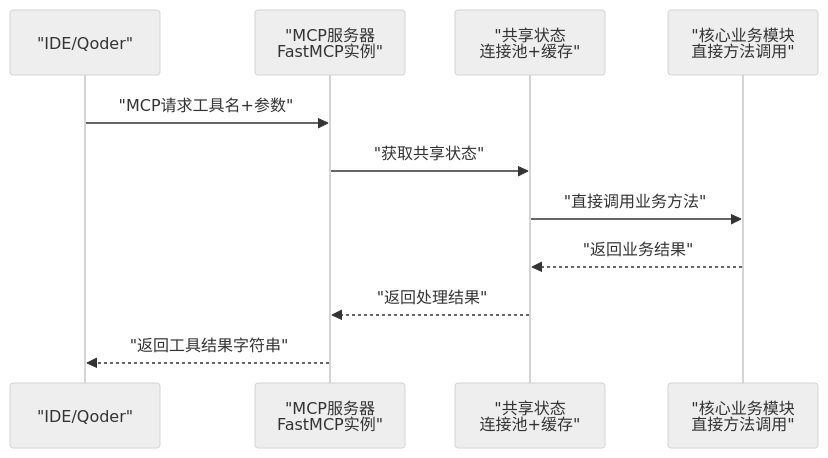
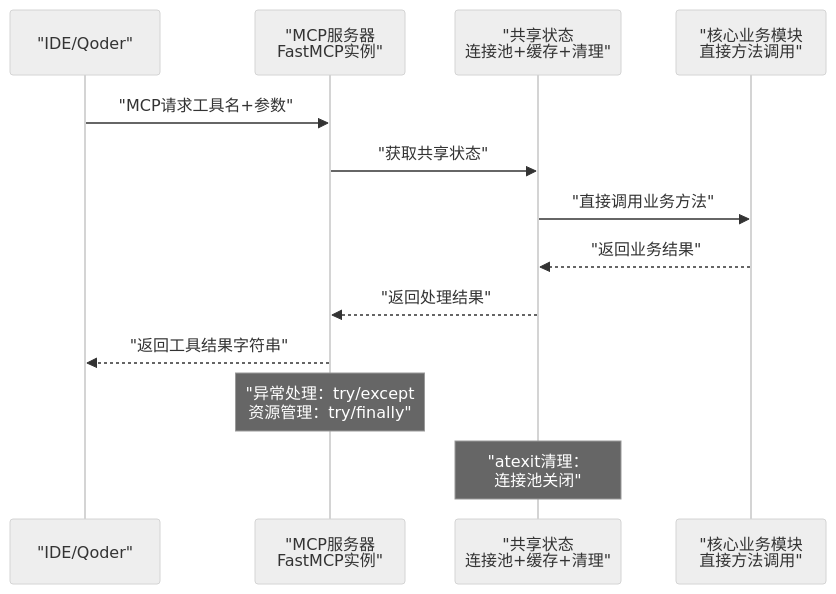
One commit to 1173591564/academic-based-qoder changed the second of 8 diagrams in .qoder/repowiki/zh/content/MCP服务系统/MCP服务器架构.md. Above: the diagram before and after it, drawn with Mermaid (neutral theme). The commit also changed other lines of this file and 81 other files, not shown here.

````diff
--- a/.qoder/repowiki/zh/content/MCP服务系统/MCP服务器架构.md
+++ b/.qoder/repowiki/zh/content/MCP服务系统/MCP服务器架构.md
@@ -123,13 +136,15 @@
 ```mermaid
 sequenceDiagram
 participant IDE as "IDE/Qoder"
 participant MCP as "MCP服务器<br/>FastMCP实例"
-participant State as "共享状态<br/>连接池+缓存"
+participant State as "共享状态<br/>连接池+缓存+清理"
 participant Core as "核心业务模块<br/>直接方法调用"
 IDE->>MCP : "MCP请求工具名+参数"
 MCP->>State : "获取共享状态"
 State->>Core : "直接调用业务方法"
 Core-->>State : "返回业务结果"
 State-->>MCP : "返回处理结果"
 MCP-->>IDE : "返回工具结果字符串"
+Note over MCP : "异常处理：try/except<br/>资源管理：try/finally"
+Note over State : "atexit清理：<br/>连接池关闭"
 ```
````
